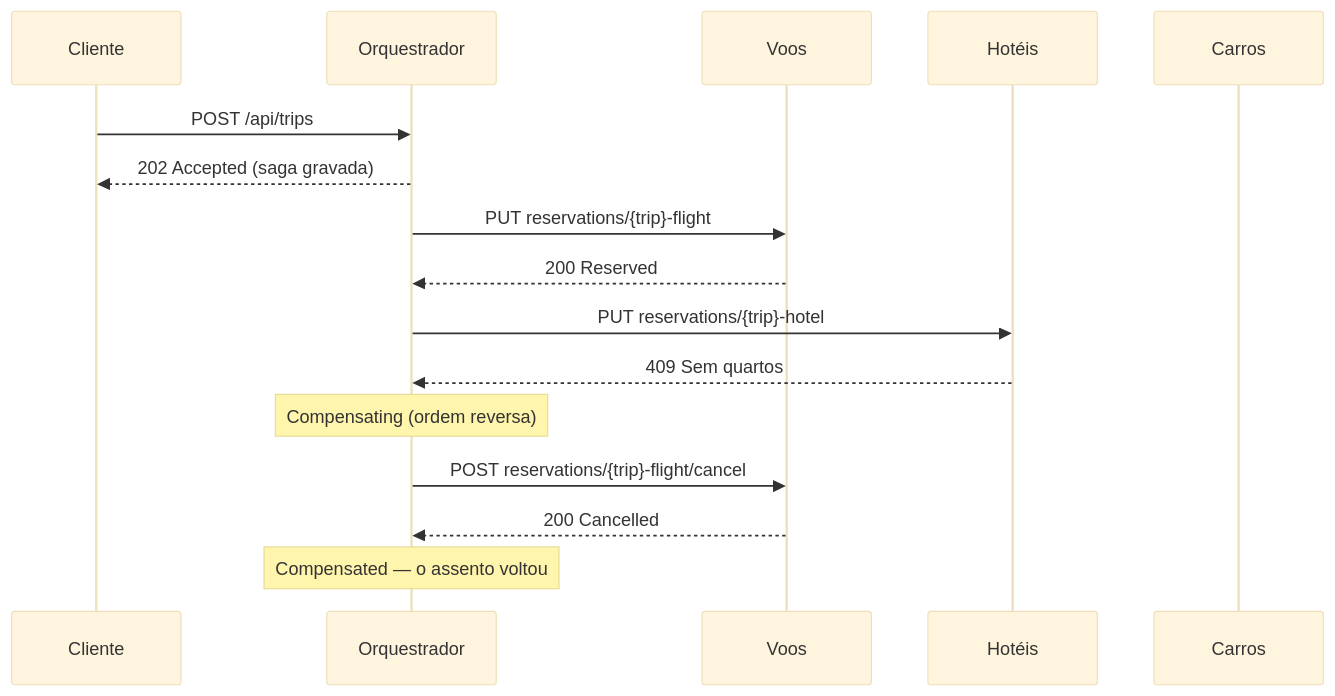
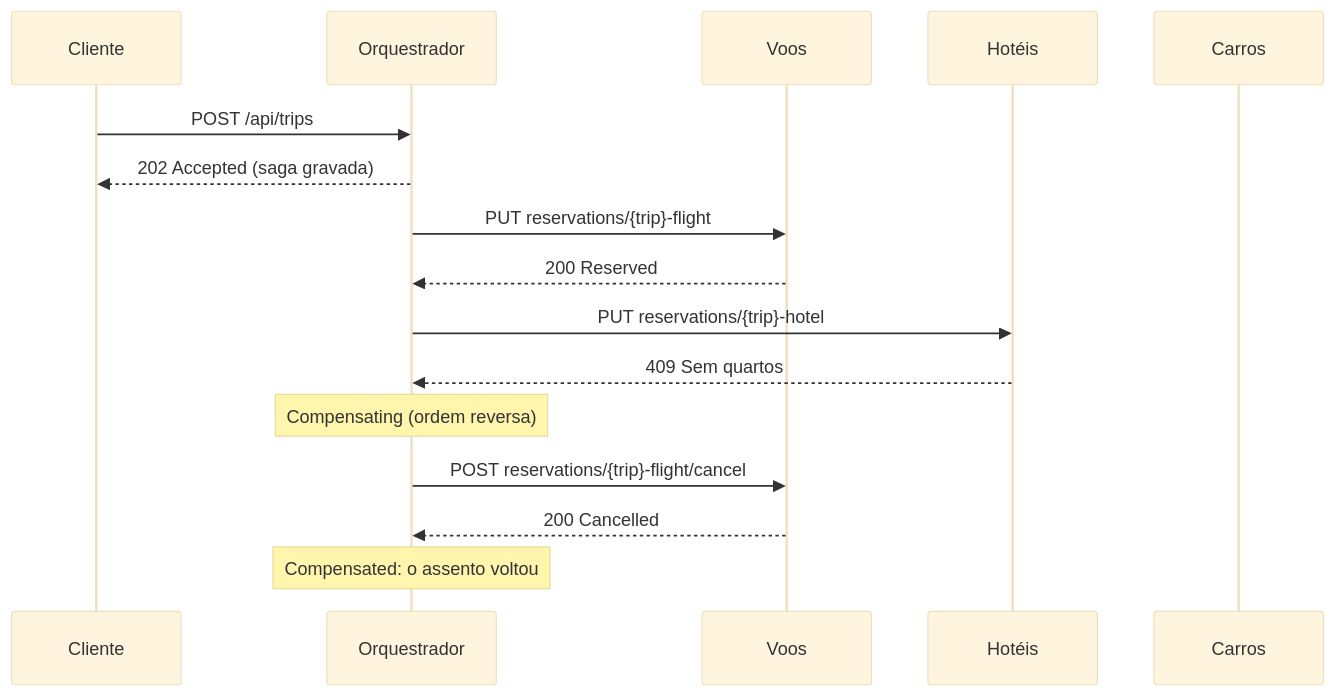
One commit to edybackend/saga-orchestration changed the first of 2 diagrams in README.pt-BR.md. Above: the diagram before and after it, drawn with Mermaid (base theme). The commit also changed other lines of this file and 1 other file, not shown here.

````diff
--- a/README.pt-BR.md
+++ b/README.pt-BR.md
@@ -56,18 +54,18 @@
 ```mermaid
 sequenceDiagram
     participant C as Cliente
     participant O as Orquestrador
     participant F as Voos
     participant H as Hotéis
     participant R as Carros
     C->>O: POST /api/trips
     O-->>C: 202 Accepted (saga gravada)
     O->>F: PUT reservations/{trip}-flight
     F-->>O: 200 Reserved
     O->>H: PUT reservations/{trip}-hotel
     H-->>O: 409 Sem quartos
     Note over O: Compensating (ordem reversa)
     O->>F: POST reservations/{trip}-flight/cancel
     F-->>O: 200 Cancelled
-    Note over O: Compensated — o assento voltou
+    Note over O: Compensated: o assento voltou
 ```
````
